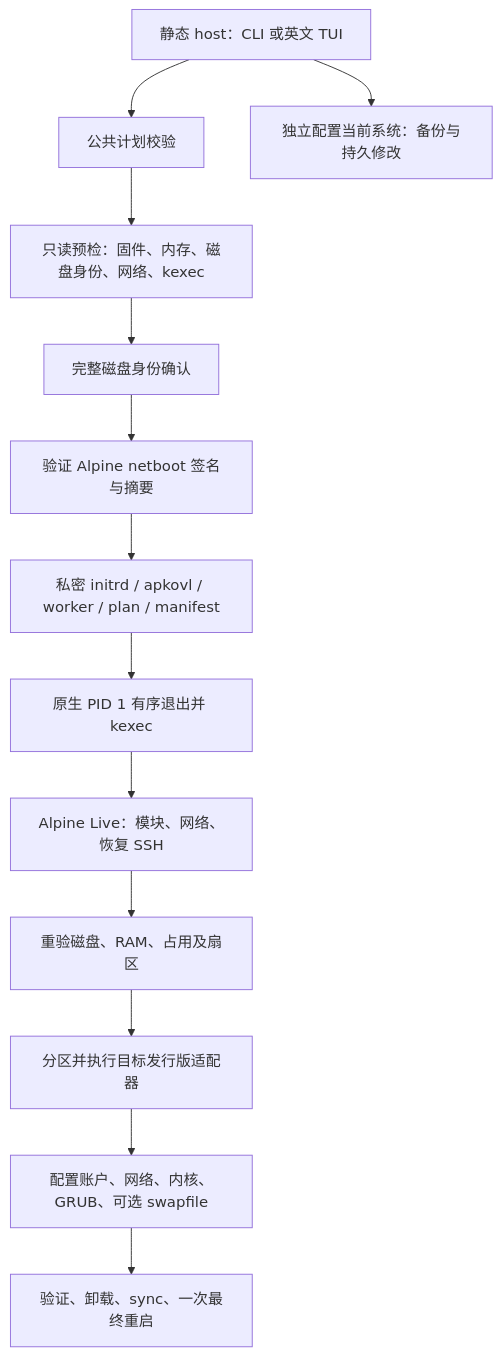
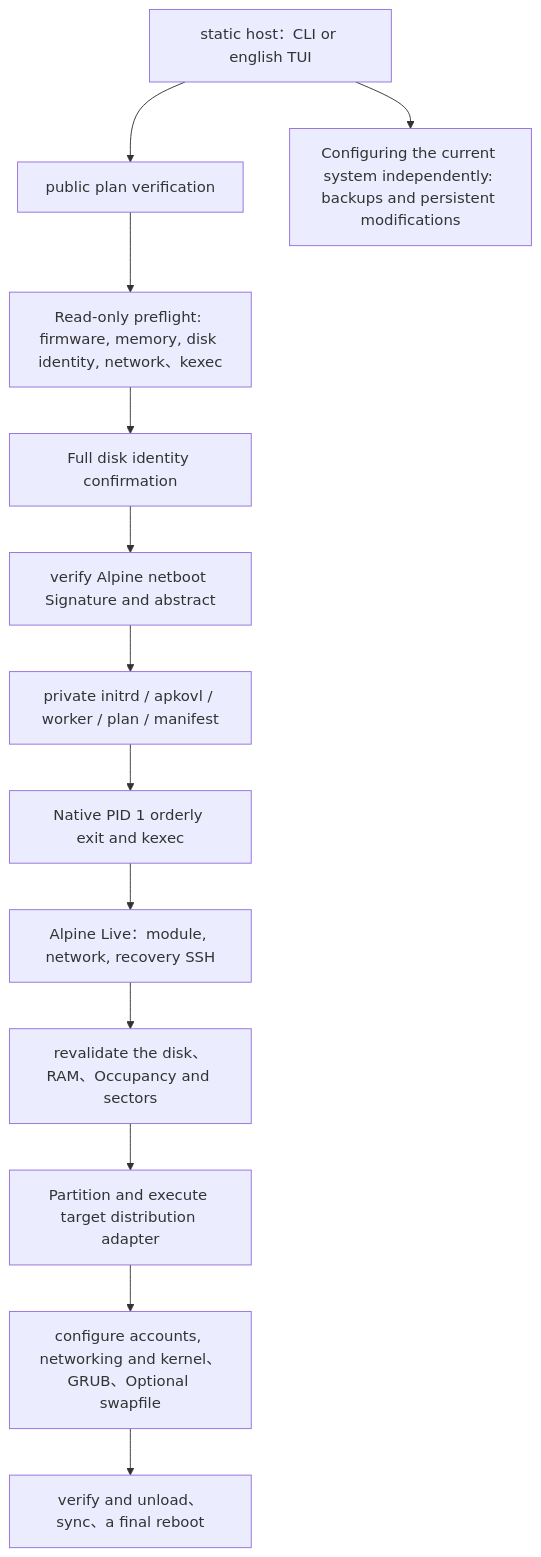
One commit to Clementine-Miles/rustaller changed the diagram in docs/ARCHITECTURE.md. Above: the diagram before and after it, drawn with Mermaid. The commit also changed other lines of this file and 31 other files, not shown here.

````diff
--- a/docs/ARCHITECTURE.md
+++ b/docs/ARCHITECTURE.md
@@ -38,15 +38,15 @@
 ```mermaid
 flowchart TD
-    A[静态 host：CLI 或英文 TUI] --> B[公共计划校验]
-    B --> C[只读预检：固件、内存、磁盘身份、网络、kexec]
-    C --> D[完整磁盘身份确认]
-    D --> E[验证 Alpine netboot 签名与摘要]
-    E --> F[私密 initrd / apkovl / worker / plan / manifest]
-    F --> G[原生 PID 1 有序退出并 kexec]
-    G --> H[Alpine Live：模块、网络、恢复 SSH]
-    H --> I[重验磁盘、RAM、占用及扇区]
-    I --> J[分区并执行目标发行版适配器]
-    J --> K[配置账户、网络、内核、GRUB、可选 swapfile]
-    K --> L[验证、卸载、sync、一次最终重启]
-    A --> M[独立配置当前系统：备份与持久修改]
+    A[static host：CLI or english TUI] --> B[public plan verification]
+    B --> C[Read-only preflight: firmware, memory, disk identity, network、kexec]
+    C --> D[Full disk identity confirmation]
+    D --> E[verify Alpine netboot Signature and abstract]
+    E --> F[private initrd / apkovl / worker / plan / manifest]
+    F --> G[Native PID 1 orderly exit and kexec]
+    G --> H[Alpine Live：module, network, recovery SSH]
+    H --> I[revalidate the disk、RAM、Occupancy and sectors]
+    I --> J[Partition and execute target distribution adapter]
+    J --> K[configure accounts, networking and kernel、GRUB、Optional swapfile]
+    K --> L[verify and unload、sync、a final reboot]
+    A --> M[Configuring the current system independently: backups and persistent modifications]
 ```
````
